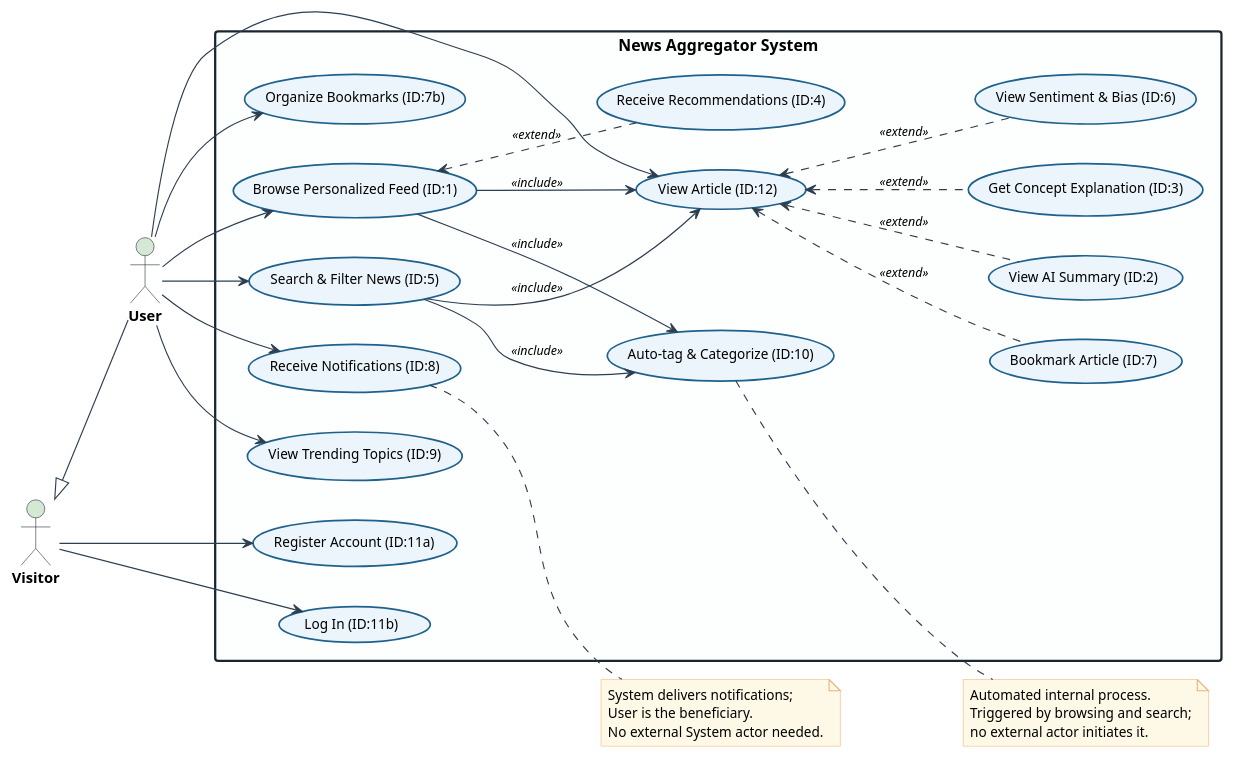
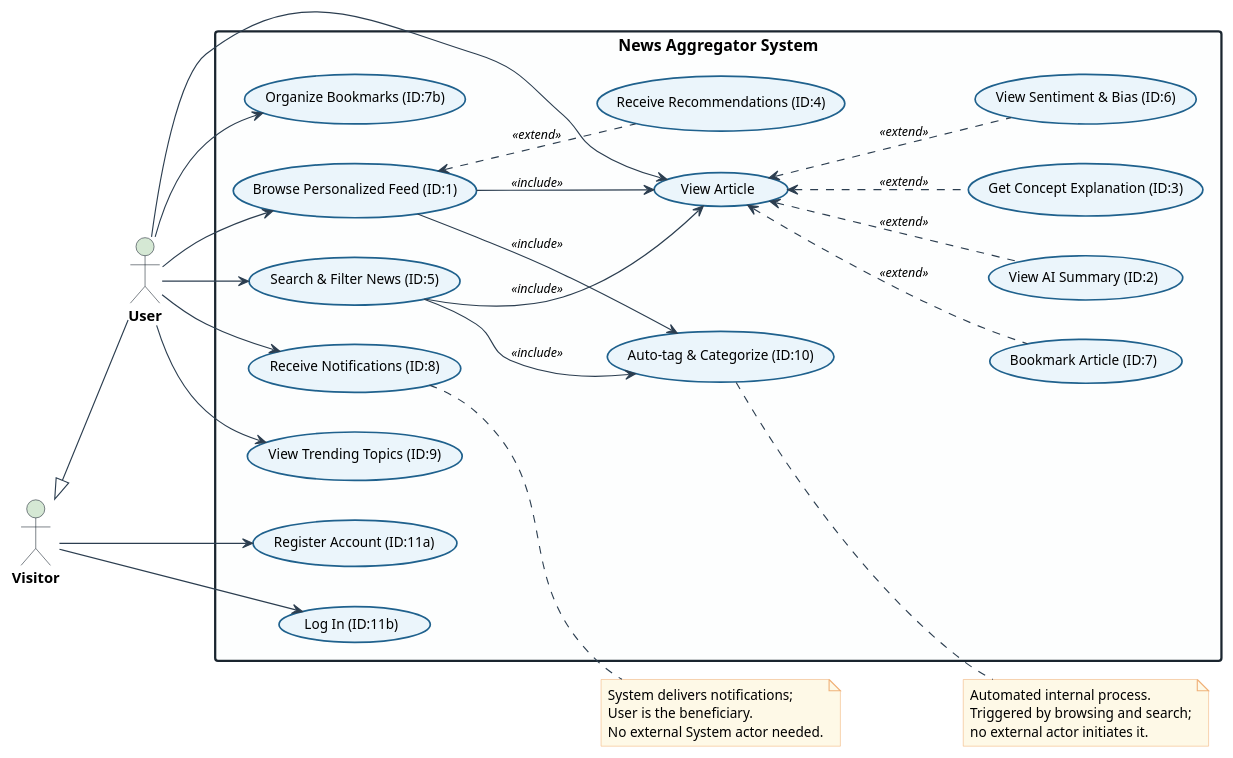
One commit to AET-DevOps26/team-the-rolling-restarts changed the diagram in docs/diagrams/use-case.puml. Above: the diagram before and after it, drawn with PlantUML. The commit also changed 1 other file, not shown here.

```diff
--- a/docs/diagrams/use-case.puml
+++ b/docs/diagrams/use-case.puml
@@ -1,115 +1,115 @@
 @startuml usecase
 left to right direction
 
 ' ── Styling ─────────────────────────────────────────────
 skinparam DefaultFontName         "Segoe UI"
 skinparam DefaultFontSize         12
 
 skinparam Actor {
   BorderColor                     #1A252F
   BackgroundColor                 #D5E8D4
   FontStyle                       bold
   FontSize                        13
 }
 
 skinparam Usecase {
   BorderColor                     #1F618D
   BackgroundColor                 #EBF5FB
   BorderThickness                 1.5
   FontSize                        12
 }
 
 skinparam Rectangle {
   BorderColor                     #1A252F
   BorderThickness                 2
   BackgroundColor                 #FDFEFE
   FontStyle                       bold
   FontSize                        14
 }
 
 skinparam Arrow {
   Color                           #2C3E50
   FontSize                        11
   FontStyle                       italic
 }
 
 skinparam Note {
   BackgroundColor                 #FEF9E7
   BorderColor                     #F0B27A
 }
 ' ────────────────────────────────────────────────────────
 
 actor "Visitor" as Visitor
 actor "User"    as User
 Visitor <|-- User
 
 rectangle "News Aggregator System" {
 
   ' --- Account Management ---
   usecase "Register Account (ID:11a)" as UC11a
   usecase "Log In (ID:11b)"           as UC11b
 
   ' --- Core Content Interaction ---
   usecase "Browse Personalized Feed (ID:1)" as UC1
-  usecase "View Article (ID:12)"            as UC12
+  usecase "View Article"                    as UC12
   usecase "Search & Filter News (ID:5)"     as UC5
 
   ' --- Article Enhancements ---
   usecase "View AI Summary (ID:2)"        as UC2
   usecase "Get Concept Explanation (ID:3)" as UC3
   usecase "View Sentiment & Bias (ID:6)"  as UC6
 
   ' --- Personalization ---
   usecase "Receive Recommendations (ID:4)" as UC4
   usecase "View Trending Topics (ID:9)"    as UC9
 
   ' --- User Library ---
   usecase "Bookmark Article (ID:7)"    as UC7
   usecase "Organize Bookmarks (ID:7b)" as UC7b
 
   ' --- Notifications ---
   usecase "Receive Notifications (ID:8)" as UC8
 
   ' --- Automated Internal Process ---
   usecase "Auto-tag & Categorize (ID:10)" as UC10
 
 }
 
 note right of UC10
   Automated internal process.
   Triggered by browsing and search;
   no external actor initiates it.
 end note
 
 note right of UC8
   System delivers notifications;
   User is the beneficiary.
   No external System actor needed.
 end note
 
 ' --- Actor Connections ---
 Visitor --> UC11a
 Visitor --> UC11b
 
 User --> UC1
 User --> UC5
 User --> UC12
 User --> UC9
 User --> UC7b
 User --> UC8
 
 ' --- Use Case Relationships ---
 UC1 --> UC12  : <<include>>
 UC5 --> UC12  : <<include>>
 
 UC12 <.. UC2  : <<extend>>
 UC12 <.. UC3  : <<extend>>
 UC12 <.. UC6  : <<extend>>
 UC12 <.. UC7  : <<extend>>
 
 UC1  <.. UC4  : <<extend>>
 
 UC1  --> UC10 : <<include>>
 UC5  --> UC10 : <<include>>
 
 @enduml
```
